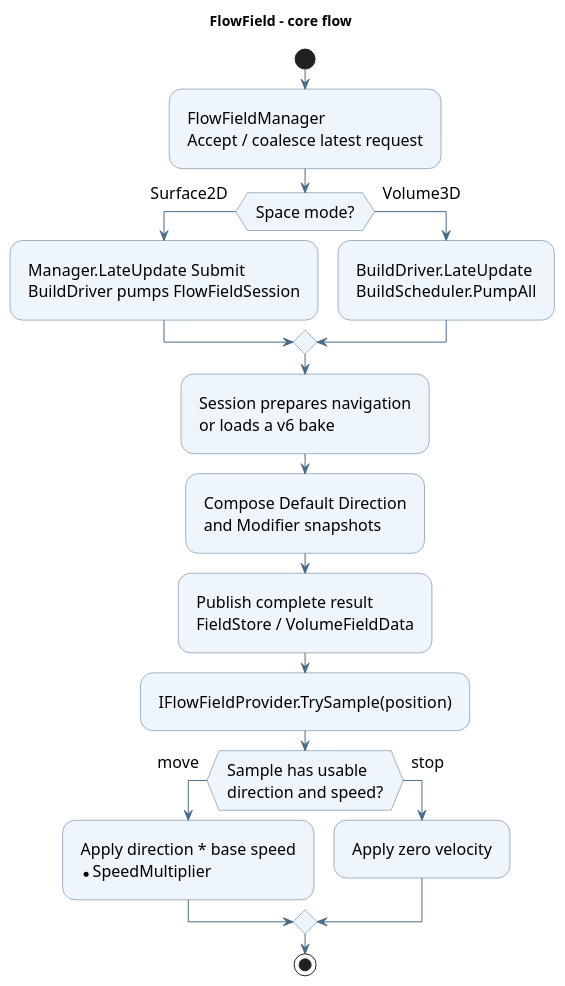
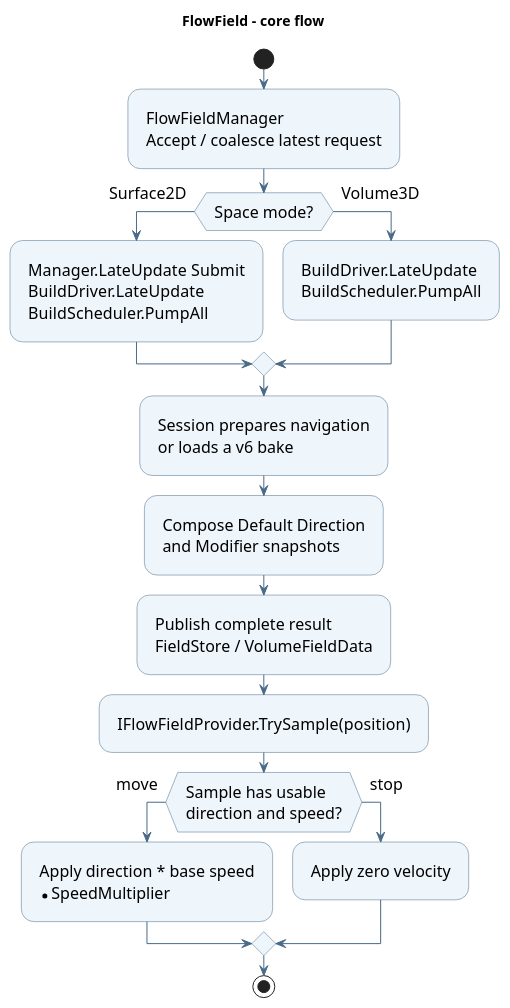
The diagram in ToyProject/Assets/_FlowField/Docs/flowfield-uml.puml (youwonsock/tool-unity-editor), drawn with PlantUML before and after one commit. The commit also changed 6 other files, not shown here.

First line of the commit message:
FlowField: 샘플 C 키를 지우고 실제 조작 확인과 문서를 마무리

```diff
--- a/ToyProject/Assets/_FlowField/Docs/flowfield-uml.puml
+++ b/ToyProject/Assets/_FlowField/Docs/flowfield-uml.puml
@@ -1,28 +1,28 @@
 @startuml flowfield-uml
 skinparam shadowing false
 skinparam defaultFontName SansSerif
 skinparam defaultFontSize 16
 skinparam activityBackgroundColor #EEF5FB
 skinparam activityBorderColor #496A88
 skinparam ArrowColor #496A88
 skinparam Padding 8
 title FlowField - core flow
 
 start
 :FlowFieldManager\nAccept / coalesce latest request;
 if (Space mode?) then (Surface2D)
-  :Manager.LateUpdate Submit\nBuildDriver pumps FlowFieldSession;
+  :Manager.LateUpdate Submit\nBuildDriver.LateUpdate\nBuildScheduler.PumpAll;
 else (Volume3D)
   :BuildDriver.LateUpdate\nBuildScheduler.PumpAll;
 endif
 :Session prepares navigation\nor loads a v6 bake;
 :Compose Default Direction\nand Modifier snapshots;
 :Publish complete result\nFieldStore / VolumeFieldData;
 :IFlowFieldProvider.TrySample(position);
 if (Sample has usable\ndirection and speed?) then (move)
   :Apply direction * base speed\n* SpeedMultiplier;
 else (stop)
   :Apply zero velocity;
 endif
 stop
 @enduml
```
